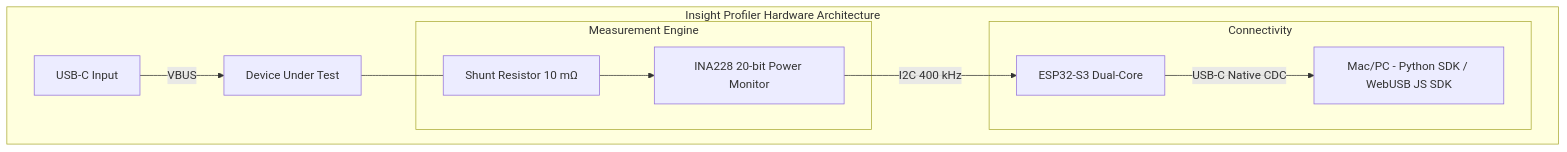
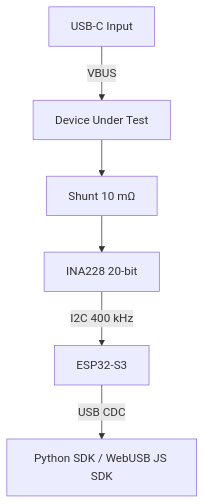
Before and after one commit to embedlab-tech/insight-profiler: the second of 2 diagrams in README.md, drawn with Mermaid. The commit also changed other lines of this file and 2 other files, not shown here.

Commit message:
updated diagrams and docs

````diff
--- a/README.md
+++ b/README.md
@@ -6,19 +25,8 @@
 ```mermaid
 graph TD
-    subgraph "Insight Profiler Hardware Architecture"
-        PD[USB-C Input] -->|VBUS| DUT[Device Under Test]
-
-        subgraph "Measurement Engine"
-            SHUNT[Shunt Resistor 10 mΩ]
-            INA228[INA228 20-bit Power Monitor]
-            SHUNT --> INA228
-        end
-
-        DUT --- SHUNT
-        INA228 -->|I2C 400 kHz| ESP[ESP32-S3 Dual-Core]
-
-        subgraph "Connectivity"
-            ESP -->|USB-C Native CDC| MAC[Mac/PC - Python SDK / WebUSB JS SDK]
-        end
-    end
+    USBC[USB-C Input] -->|VBUS| DUT[Device Under Test]
+    DUT --> SHUNT[Shunt 10 mΩ]
+    SHUNT --> INA228[INA228 20-bit]
+    INA228 -->|I2C 400 kHz| ESP[ESP32-S3]
+    ESP -->|USB CDC| HOST[Python SDK / WebUSB JS SDK]
 ```
````
